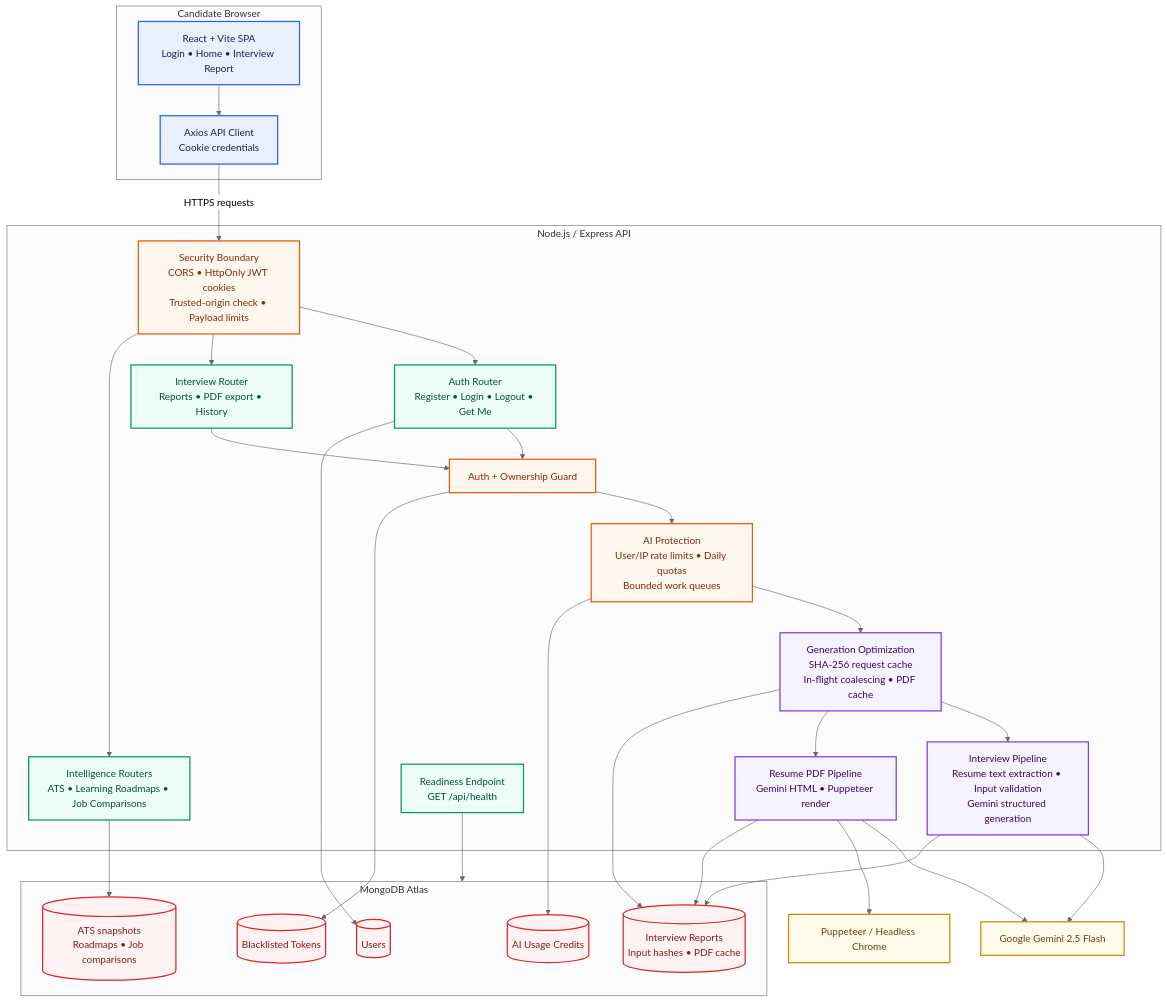
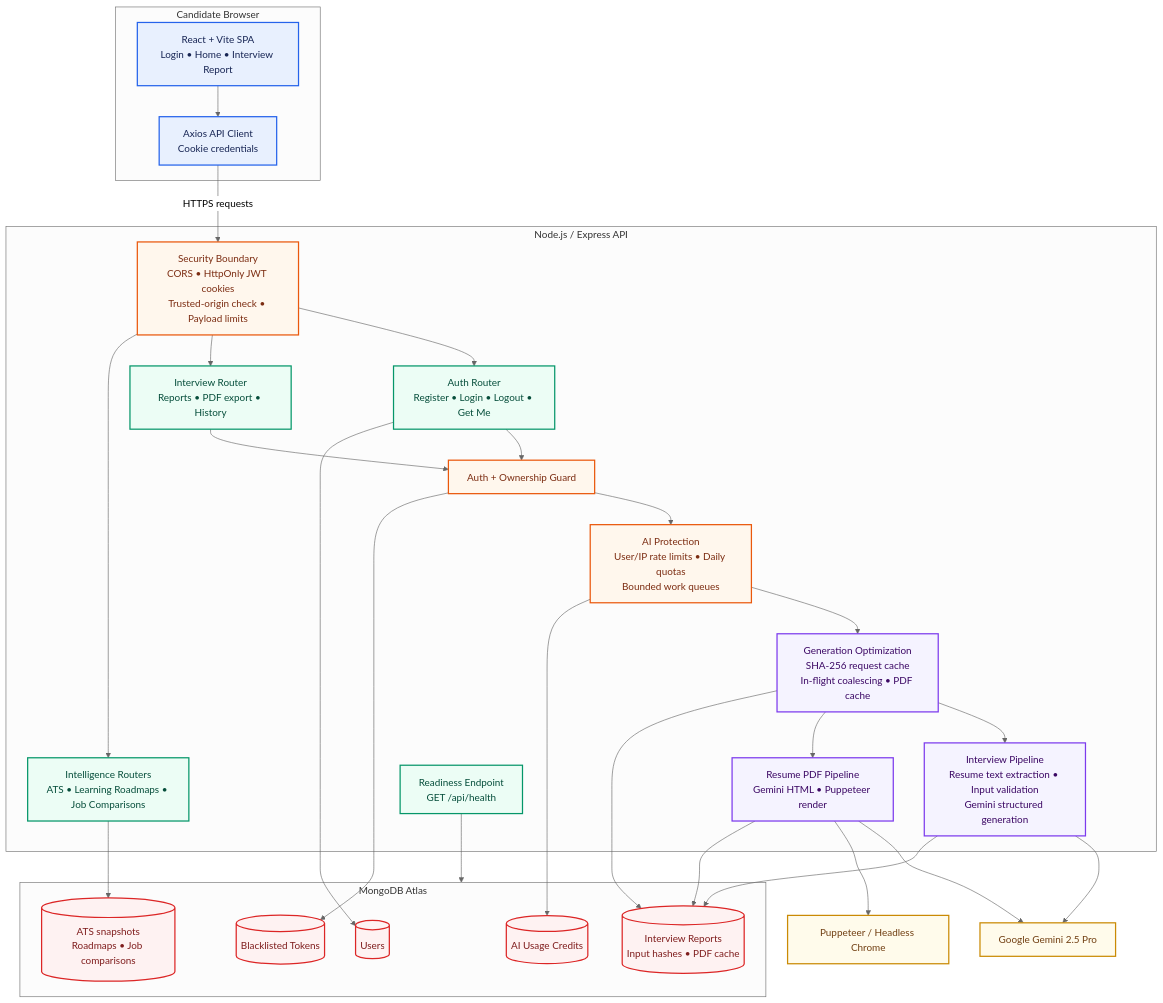
Before and after one commit to Nihalani2004/CareerPilot-AI: the diagram in README.md, drawn with Mermaid (neutral theme). The commit also changed other lines of this file and 2 other files, not shown here.

Commit message:
upgrade Gemini model

````diff
--- a/README.md
+++ b/README.md
@@ -46,61 +46,61 @@
 ```mermaid
 flowchart TB
     classDef client fill:#E8F0FE,stroke:#2563EB,color:#172554,stroke-width:2px
     classDef api fill:#ECFDF5,stroke:#059669,color:#064E3B,stroke-width:2px
     classDef guard fill:#FFF7ED,stroke:#EA580C,color:#7C2D12,stroke-width:2px
     classDef service fill:#F5F3FF,stroke:#7C3AED,color:#3B0764,stroke-width:2px
     classDef data fill:#FEF2F2,stroke:#DC2626,color:#7F1D1D,stroke-width:2px
     classDef external fill:#FFFBEB,stroke:#CA8A04,color:#713F12,stroke-width:2px
 
     subgraph Browser[Candidate Browser]
         React[React + Vite SPA\nLogin • Home • Interview Report]:::client
         ApiClient[Axios API Client\nCookie credentials]:::client
         React --> ApiClient
     end
 
     subgraph API[Node.js / Express API]
         Security[Security Boundary\nCORS • HttpOnly JWT cookies\nTrusted-origin check • Payload limits]:::guard
         Auth[Auth Router\nRegister • Login • Logout • Get Me]:::api
         Interview[Interview Router\nReports • PDF export • History]:::api
         Intelligence[Intelligence Routers\nATS • Learning Roadmaps • Job Comparisons]:::api
         AuthGuard[Auth + Ownership Guard]:::guard
         Limits[AI Protection\nUser/IP rate limits • Daily quotas\nBounded work queues]:::guard
         Cache[Generation Optimization\nSHA-256 request cache\nIn-flight coalescing • PDF cache]:::service
         Pipeline[Interview Pipeline\nResume text extraction • Input validation\nGemini structured generation]:::service
         Pdf[Resume PDF Pipeline\nGemini HTML • Puppeteer render]:::service
         Health[Readiness Endpoint\nGET /api/health]:::api
 
         Security --> Auth
         Security --> Interview
         Security --> Intelligence
         Auth --> AuthGuard
         Interview --> AuthGuard --> Limits
         Limits --> Cache
         Cache --> Pipeline
         Cache --> Pdf
     end
 
     subgraph Storage[MongoDB Atlas]
         Users[(Users)]:::data
         Reports[(Interview Reports\nInput hashes • PDF cache)]:::data
         Insights[(ATS snapshots\nRoadmaps • Job comparisons)]:::data
         Usage[(AI Usage Credits)]:::data
         Blacklist[(Blacklisted Tokens)]:::data
     end
 
-    Gemini[Google Gemini 2.5 Flash]:::external
+    Gemini[Google Gemini 2.5 Pro]:::external
     Puppeteer[Puppeteer / Headless Chrome]:::external
 
     ApiClient -->|HTTPS requests| Security
     Auth --> Users
     AuthGuard --> Blacklist
     Limits --> Usage
     Cache --> Reports
     Intelligence --> Insights
     Pipeline --> Gemini
     Pdf --> Gemini
     Pdf --> Puppeteer
     Pipeline --> Reports
     Pdf --> Reports
     Health --> Storage
 ```
````
